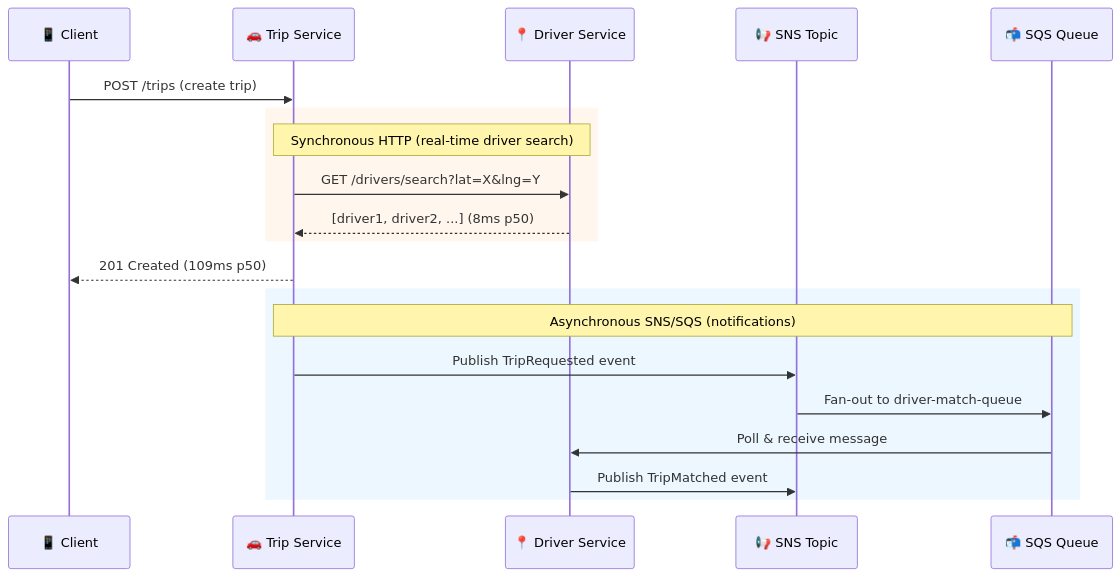
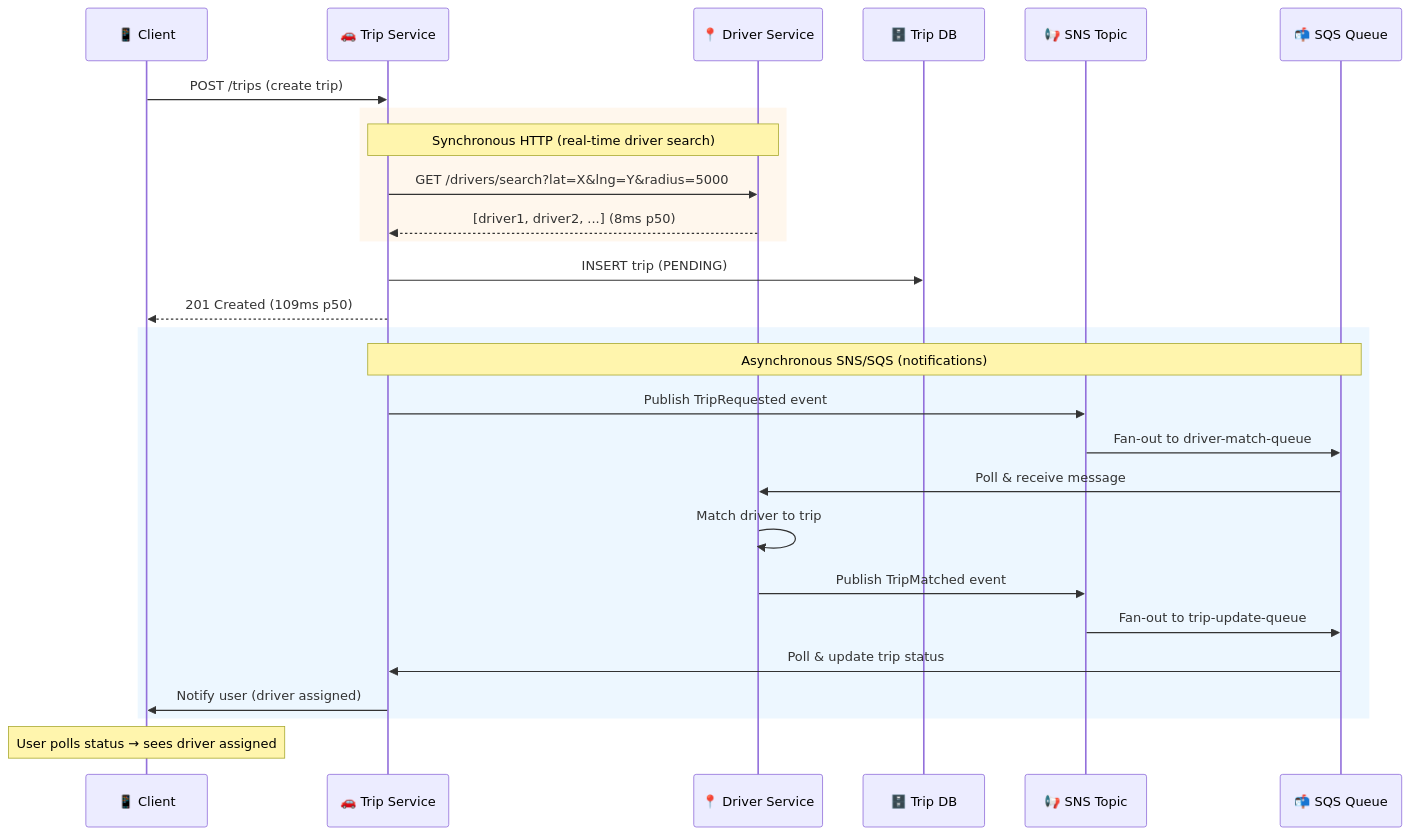
Before and after one commit to dieuxuanhien/uit-go-se360: the second of 8 diagrams in Deliverables/ARCHITECTURE.md, drawn with Mermaid. The commit also changed other lines of this file and 6 other files, not shown here.

````diff
--- a/Deliverables/ARCHITECTURE.md
+++ b/Deliverables/ARCHITECTURE.md
@@ -227,26 +227,34 @@
 ```mermaid
 sequenceDiagram
     participant C as 📱 Client
     participant TS as 🚗 Trip Service
     participant DS as 📍 Driver Service
+    participant DB as 🗄️ Trip DB
     participant SNS as 📢 SNS Topic
     participant SQS as 📬 SQS Queue
 
     C->>TS: POST /trips (create trip)
     
     rect rgba(255, 240, 220, 0.5)
         Note over TS,DS: Synchronous HTTP (real-time driver search)
-        TS->>DS: GET /drivers/search?lat=X&lng=Y
+        TS->>DS: GET /drivers/search?lat=X&lng=Y&radius=5000
         DS-->>TS: [driver1, driver2, ...] (8ms p50)
     end
     
+    TS->>DB: INSERT trip (PENDING)
     TS-->>C: 201 Created (109ms p50)
     
     rect rgba(220, 240, 255, 0.5)
         Note over TS,SQS: Asynchronous SNS/SQS (notifications)
         TS->>SNS: Publish TripRequested event
         SNS->>SQS: Fan-out to driver-match-queue
         SQS->>DS: Poll & receive message
+        DS->>DS: Match driver to trip
         DS->>SNS: Publish TripMatched event
+        SNS->>SQS: Fan-out to trip-update-queue
+        SQS->>TS: Poll & update trip status
+        TS->>C: Notify user (driver assigned)
     end
+    
+    Note over C: User polls status → sees driver assigned
 ```
````
